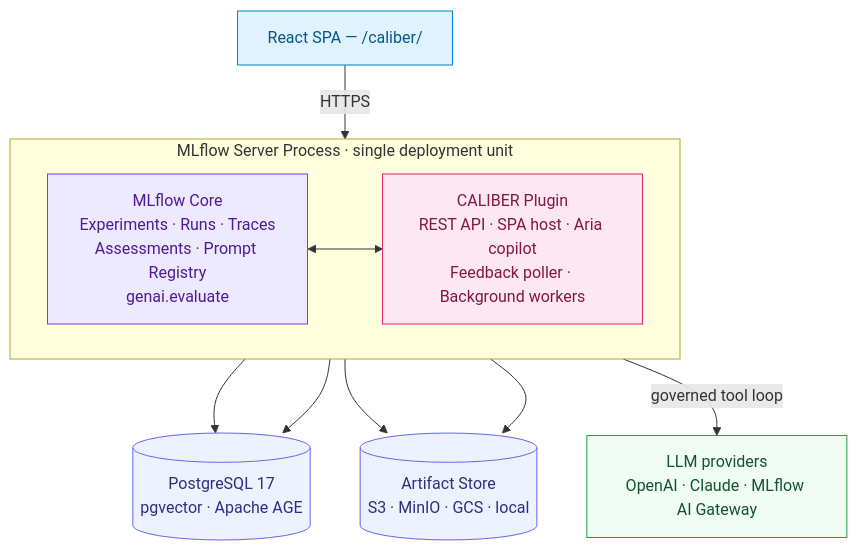
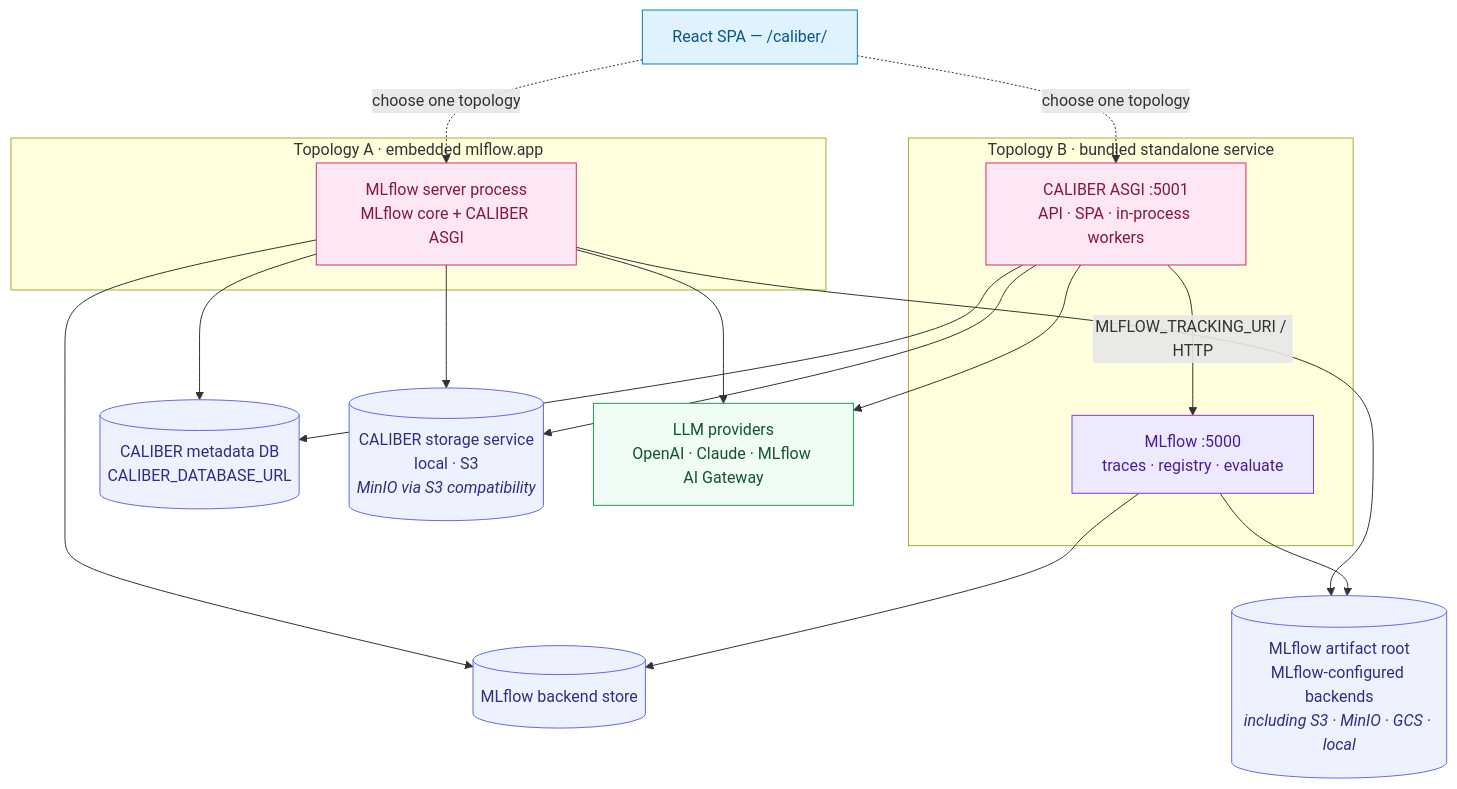
The second of 2 diagrams in README.md (rrahimi-uci/caliber-suite), drawn with Mermaid before and after one commit. The commit also changed other lines of this file and 237 other files, not shown here.

````diff
--- a/README.md
+++ b/README.md
@@ -95,28 +107,39 @@
 ```mermaid
 flowchart TB
     spa["React SPA — /caliber/"]:::ui
 
-    subgraph proc["MLflow Server Process · single deployment unit"]
-        direction LR
-        core["MLflow Core<br/>Experiments · Runs · Traces<br/>Assessments · Prompt Registry<br/>genai.evaluate"]:::core
-        plugin["CALIBER Plugin<br/>REST API · SPA host · Aria copilot<br/>Feedback poller · Background workers"]:::plug
-        core <--> plugin
+    subgraph embedded["Topology A · embedded mlflow.app"]
+        eproc["MLflow server process<br/>MLflow core + CALIBER ASGI"]:::plug
     end
 
-    pg[("PostgreSQL 17<br/>pgvector · Apache AGE")]:::store
-    art[("Artifact Store<br/>S3 · MinIO · GCS · local")]:::store
+    subgraph standalone["Topology B · bundled standalone service"]
+        capi["CALIBER ASGI :5001<br/>API · SPA · in-process workers"]:::plug
+        mflow["MLflow :5000<br/>traces · registry · evaluate"]:::core
+        capi -->|"MLFLOW_TRACKING_URI / HTTP"| mflow
+    end
+
+    cdb[("CALIBER metadata DB<br/>CALIBER_DATABASE_URL")]:::store
+    mdb[("MLflow backend store")]:::store
+    cart[("CALIBER storage service<br/>local · S3<br/><i>MinIO via S3 compatibility</i>")]:::store
+    mart[("MLflow artifact root<br/>MLflow-configured backends<br/><i>including S3 · MinIO · GCS · local</i>")]:::store
     llm["LLM providers<br/>OpenAI · Claude · MLflow AI Gateway"]:::ext
 
-    spa -->|HTTPS| plugin
-    core --> pg
-    plugin --> pg
-    core --> art
-    plugin --> art
-    plugin -->|governed tool loop| llm
+    spa -. "choose one topology" .-> eproc
+    spa -. "choose one topology" .-> capi
+    eproc --> cdb
+    eproc --> mdb
+    capi --> cdb
+    mflow --> mdb
+    eproc --> cart
+    eproc --> mart
+    capi --> cart
+    mflow --> mart
+    eproc --> llm
+    capi --> llm
 
     classDef ui fill:#e0f2fe,stroke:#0284c7,color:#075985;
     classDef core fill:#ede9fe,stroke:#7c3aed,color:#4c1d95;
     classDef plug fill:#fce7f3,stroke:#db2777,color:#831843;
     classDef store fill:#eef2ff,stroke:#6366f1,color:#312e81;
     classDef ext fill:#f0fdf4,stroke:#16a34a,color:#14532d;
 ```
````
